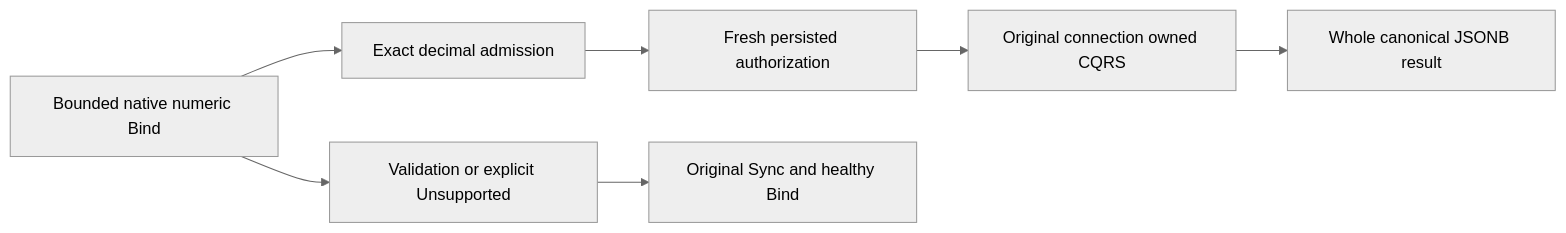
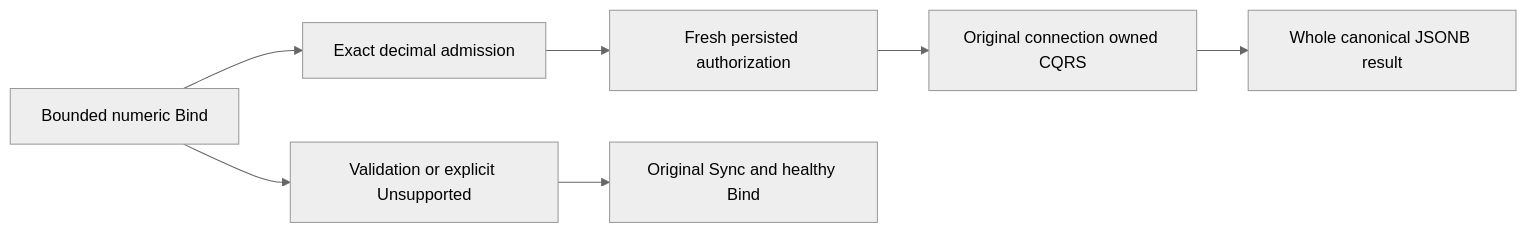
Before and after one commit to managedcode/KeyLoad: the third of 4 diagrams in docs/Features/ClientApi.md, drawn with Mermaid (neutral theme). The commit also changed other lines of this file and 9016 other files, not shown here.

````diff
--- a/docs/Features/ClientApi.md
+++ b/docs/Features/ClientApi.md
@@ -273,9 +273,9 @@
 ```mermaid
 flowchart LR
-    Numeric[Bounded native numeric Bind] --> Exact[Exact decimal admission]
+    Numeric[Bounded numeric Bind] --> Exact[Exact decimal admission]
     Exact --> Auth[Fresh persisted authorization]
     Auth --> CQRS[Original connection owned CQRS]
     CQRS --> Whole[Whole canonical JSONB result]
     Numeric --> Refusal[Validation or explicit Unsupported]
     Refusal --> Sync[Original Sync and healthy Bind]
 ```
````
